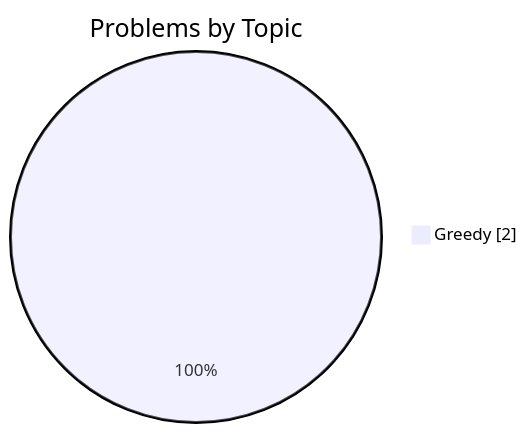
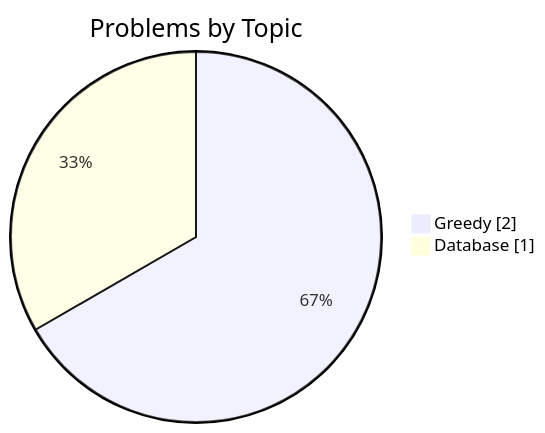
One commit to samy-D5/Leetcode changed the second of 2 diagrams in README.md. Above: the diagram before and after it, drawn with Mermaid. The commit also changed other lines of this file, not shown here.

````diff
--- a/README.md
+++ b/README.md
@@ -26,4 +27,5 @@
 ```mermaid
 pie showData title Problems by Topic
     "Greedy" : 2
+    "Database" : 1
 ```
````
